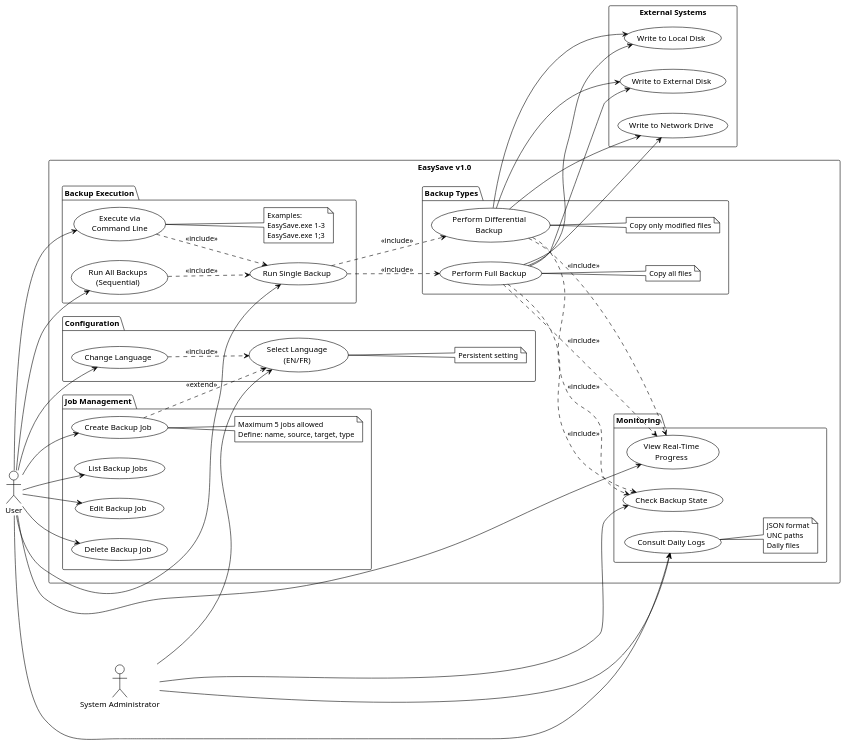
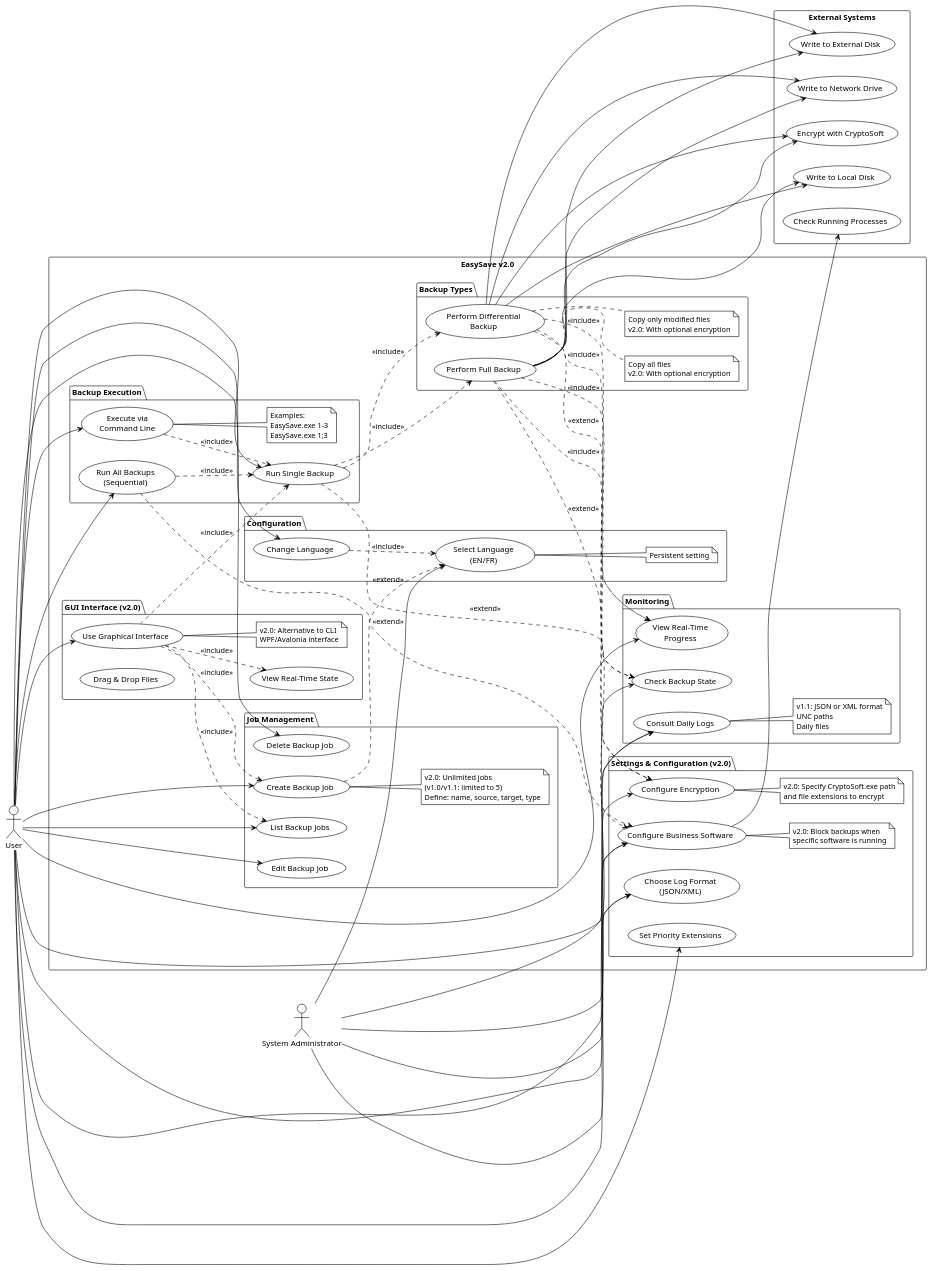
The diagram in UML/use_case_diagram.puml (PotaaatozWRLD/EasySave-Groupe-8), drawn with PlantUML before and after one commit. The commit also changed 6 other files, not shown here.

Commit message:
Update all UML diagrams to version 2.0 with new features

```diff
--- a/UML/use_case_diagram.puml
+++ b/UML/use_case_diagram.puml
@@ -1,125 +1,188 @@
-@startuml EasySave_Use_Case_Diagram
+@startuml EasySave_Use_Case_Diagram_v2.0
 !theme plain
 left to right direction
 
 ' =============== ACTORS ===============
 actor "User" as User
 actor "System Administrator" as Admin
 
 ' =============== SYSTEM BOUNDARY ===============
-rectangle "EasySave v1.0" {
+rectangle "EasySave v2.0" {
     
     ' Job Management
     package "Job Management" {
         usecase "Create Backup Job" as UC1
         usecase "List Backup Jobs" as UC2
         usecase "Edit Backup Job" as UC3
         usecase "Delete Backup Job" as UC4
         
         note right of UC1
-            Maximum 5 jobs allowed
+            v2.0: Unlimited jobs
+            (v1.0/v1.1: limited to 5)
             Define: name, source, target, type
         end note
     }
     
     ' Backup Execution
     package "Backup Execution" {
         usecase "Run Single Backup" as UC5
         usecase "Run All Backups\n(Sequential)" as UC6
         usecase "Execute via\nCommand Line" as UC7
         
         note right of UC7
             Examples:
             EasySave.exe 1-3
             EasySave.exe 1;3
         end note
     }
     
     ' Backup Types
     package "Backup Types" {
         usecase "Perform Full Backup" as UC8
         usecase "Perform Differential\nBackup" as UC9
         
         note right of UC8
             Copy all files
+            v2.0: With optional encryption
         end note
         
         note right of UC9
             Copy only modified files
+            v2.0: With optional encryption
         end note
     }
     
     ' Configuration
     package "Configuration" {
         usecase "Change Language" as UC10
         usecase "Select Language\n(EN/FR)" as UC11
         
         note right of UC11
             Persistent setting
         end note
     }
     
     ' Monitoring
     package "Monitoring" {
         usecase "View Real-Time\nProgress" as UC12
         usecase "Consult Daily Logs" as UC13
         usecase "Check Backup State" as UC14
         
         note right of UC13
-            JSON format
+            v1.1: JSON or XML format
             UNC paths
             Daily files
+        end note
+    }
+    
+    ' v2.0: Settings & Configuration
+    package "Settings & Configuration (v2.0)" {
+        usecase "Configure Encryption" as UC15
+        usecase "Set Priority Extensions" as UC16
+        usecase "Configure Business Software" as UC17
+        usecase "Choose Log Format\n(JSON/XML)" as UC18
+        
+        note right of UC15
+            v2.0: Specify CryptoSoft.exe path
+            and file extensions to encrypt
+        end note
+        
+        note right of UC17
+            v2.0: Block backups when
+            specific software is running
+        end note
+    }
+    
+    ' v2.0: GUI Interface
+    package "GUI Interface (v2.0)" {
+        usecase "Use Graphical Interface" as UC19
+        usecase "Drag & Drop Files" as UC20
+        usecase "View Real-Time State" as UC21
+        
+        note right of UC19
+            v2.0: Alternative to CLI
+            WPF/Avalonia interface
         end note
     }
 }
 
 ' =============== EXTERNAL SYSTEMS ===============
 rectangle "External Systems" {
     usecase "Write to Local Disk" as EXT1
     usecase "Write to External Disk" as EXT2
     usecase "Write to Network Drive" as EXT3
+    usecase "Encrypt with CryptoSoft" as EXT4
+    usecase "Check Running Processes" as EXT5
 }
 
 ' =============== RELATIONSHIPS ===============
 
 ' User actions
 User --> UC1
 User --> UC2
 User --> UC3
 User --> UC4
 User --> UC5
 User --> UC6
 User --> UC7
 User --> UC10
 User --> UC12
 User --> UC13
 
+' v2.0: User actions
+User --> UC15
+User --> UC16
+User --> UC17
+User --> UC18
+User --> UC19
+
 ' Admin actions
 Admin --> UC14
 Admin --> UC13
 Admin --> UC11
+Admin --> UC17
+Admin --> UC18
 
 ' Include relationships
 UC5 ..> UC8 : <<include>>
 UC5 ..> UC9 : <<include>>
 UC6 ..> UC5 : <<include>>
 UC7 ..> UC5 : <<include>>
 
 UC1 ..> UC11 : <<extend>>
 UC10 ..> UC11 : <<include>>
 
 ' Backup execution includes monitoring
 UC8 ..> UC12 : <<include>>
 UC9 ..> UC12 : <<include>>
 UC8 ..> UC14 : <<include>>
 UC9 ..> UC14 : <<include>>
 
+' v2.0: GUI includes
+UC19 ..> UC1 : <<include>>
+UC19 ..> UC2 : <<include>>
+UC19 ..> UC5 : <<include>>
+UC19 ..> UC21 : <<include>>
+
+' v2.0: Encryption extends backup
+UC8 ..> UC15 : <<extend>>
+UC9 ..> UC15 : <<extend>>
+
+' v2.0: Business software check
+UC5 ..> UC17 : <<extend>>
+UC6 ..> UC17 : <<extend>>
+
 ' External systems
 UC8 --> EXT1
 UC8 --> EXT2
 UC8 --> EXT3
 UC9 --> EXT1
 UC9 --> EXT2
 UC9 --> EXT3
 
+' v2.0: External systems
+UC8 --> EXT4
+UC9 --> EXT4
+UC17 --> EXT5
+
 @enduml
```
